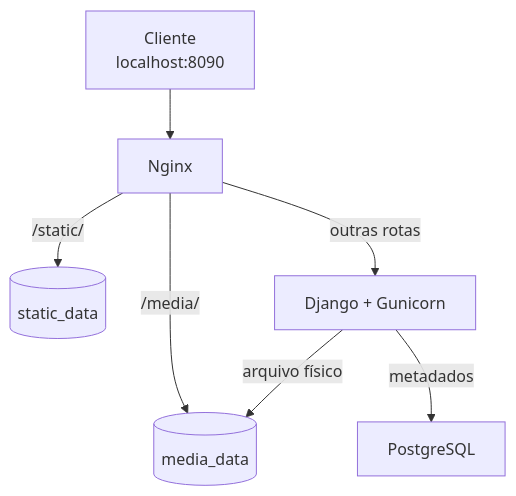
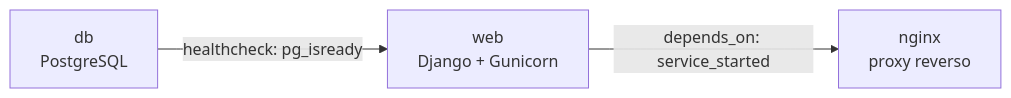
One commit to analaress/django-upload-docker changed the third of 5 diagrams in docs/arquitetura.md. Above: the diagram before and after it, drawn with Mermaid. The commit also changed other lines of this file and 5 other files, not shown here.

Commit message:
fix(docs): reorganizar documentação técnica e diagramas da arquitetura

````diff
--- a/docs/arquitetura.md
+++ b/docs/arquitetura.md
@@ -5,9 +64,5 @@
 ```mermaid
-flowchart TD
-    cliente["Cliente<br/>localhost:8090"] --> nginx["Nginx"]
-    nginx -->|"/static/"| static[("static_data")]
-    nginx -->|"/media/"| media[("media_data")]
-    nginx -->|"outras rotas"| web["Django + Gunicorn"]
-    web -->|"metadados"| db["PostgreSQL"]
-    web -->|"arquivo físico"| media
+flowchart LR
+    db["db<br/>PostgreSQL"] -->|"healthcheck: pg_isready"| web["web<br/>Django + Gunicorn"]
+    web -->|"depends_on: service_started"| nginx["nginx<br/>proxy reverso"]
 ```
````
